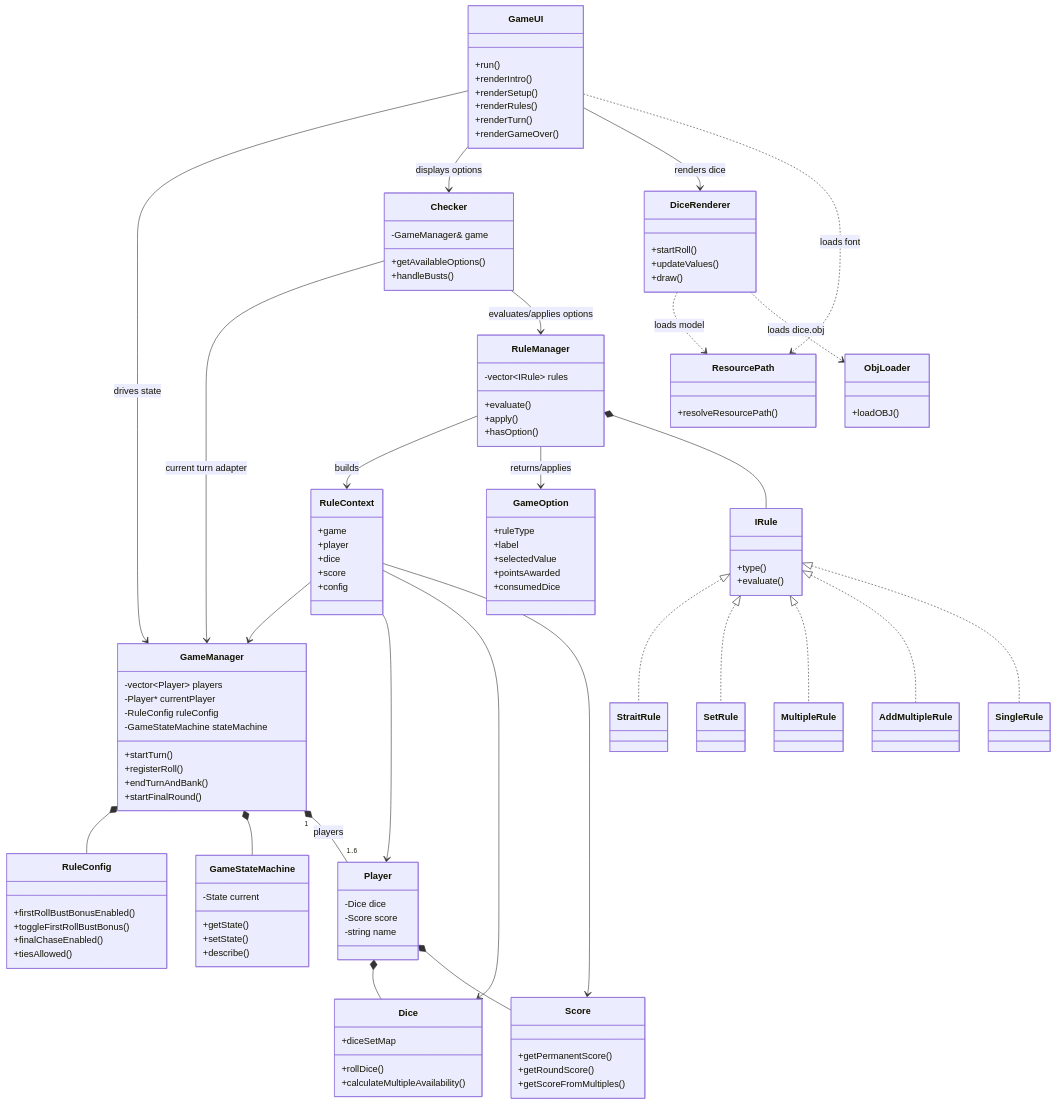
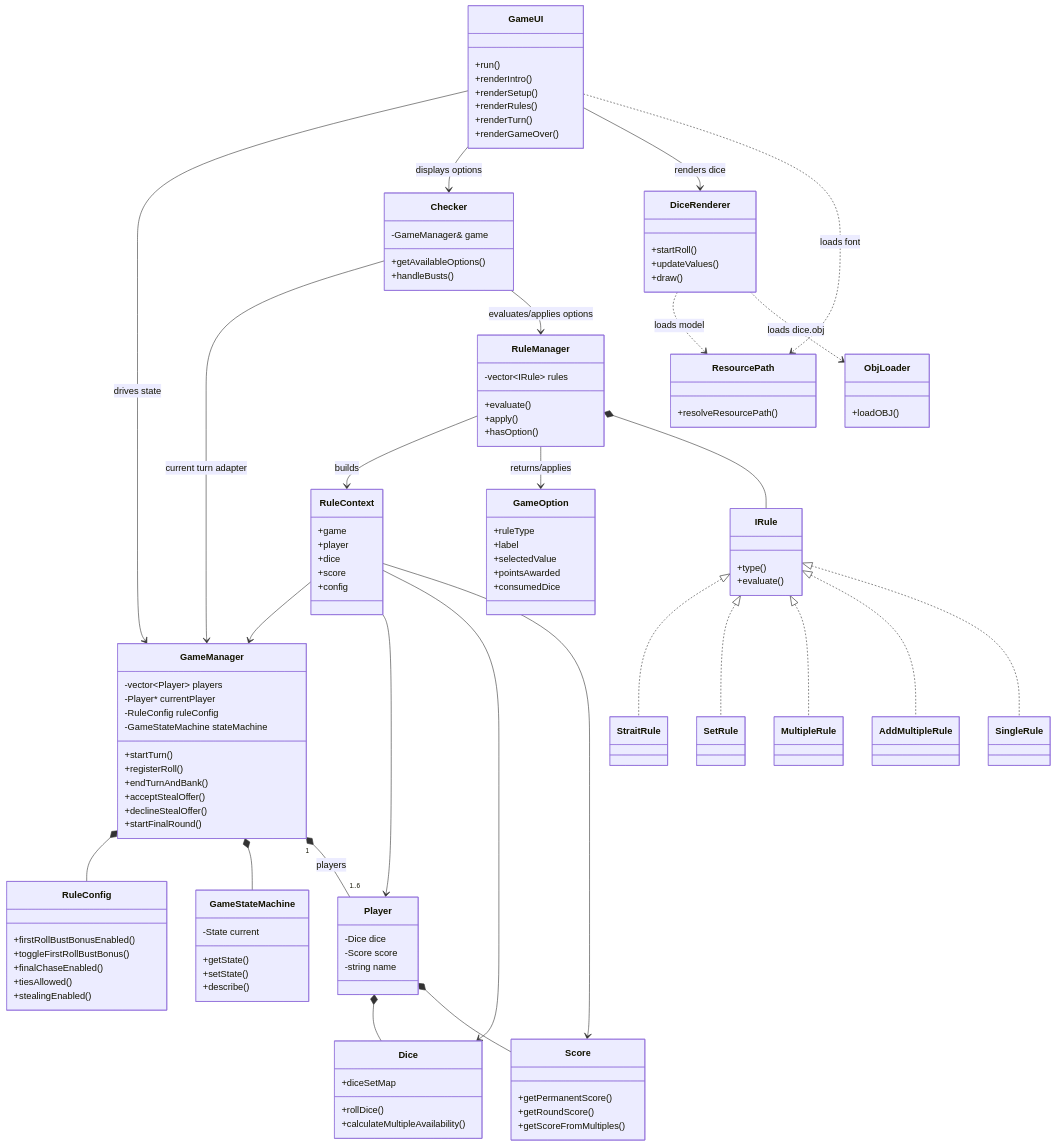
One commit to Jacoba1100254352/Zilch changed the second of 2 diagrams in README.md. Above: the diagram before and after it, drawn with Mermaid. The commit also changed other lines of this file and 6 other files, not shown here.

```diff
--- a/README.md
+++ b/README.md
@@ -75,6 +79,8 @@
         +startTurn()
         +registerRoll()
         +endTurnAndBank()
+        +acceptStealOffer()
+        +declineStealOffer()
         +startFinalRound()
     }
     class GameStateMachine {
@@ -88,6 +94,7 @@
         +toggleFirstRollBustBonus()
         +finalChaseEnabled()
         +tiesAllowed()
+        +stealingEnabled()
     }
     class Checker {
         -GameManager& game
```
